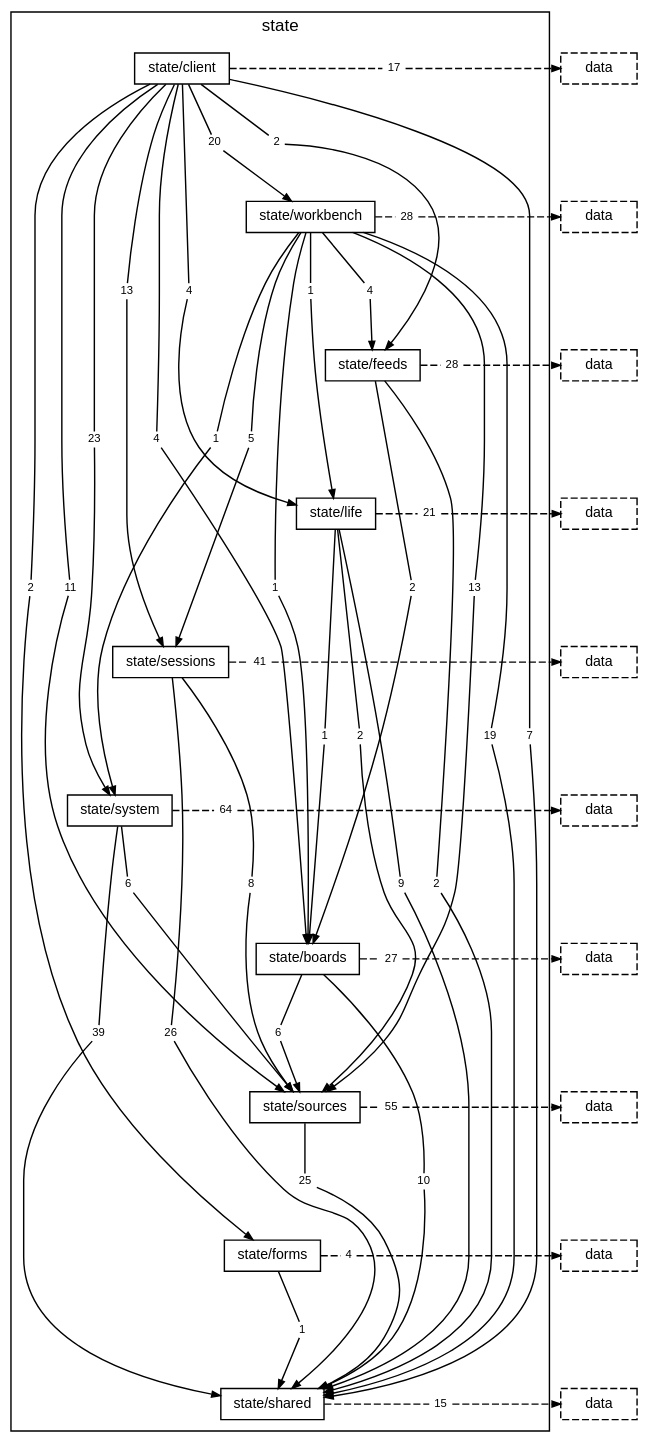
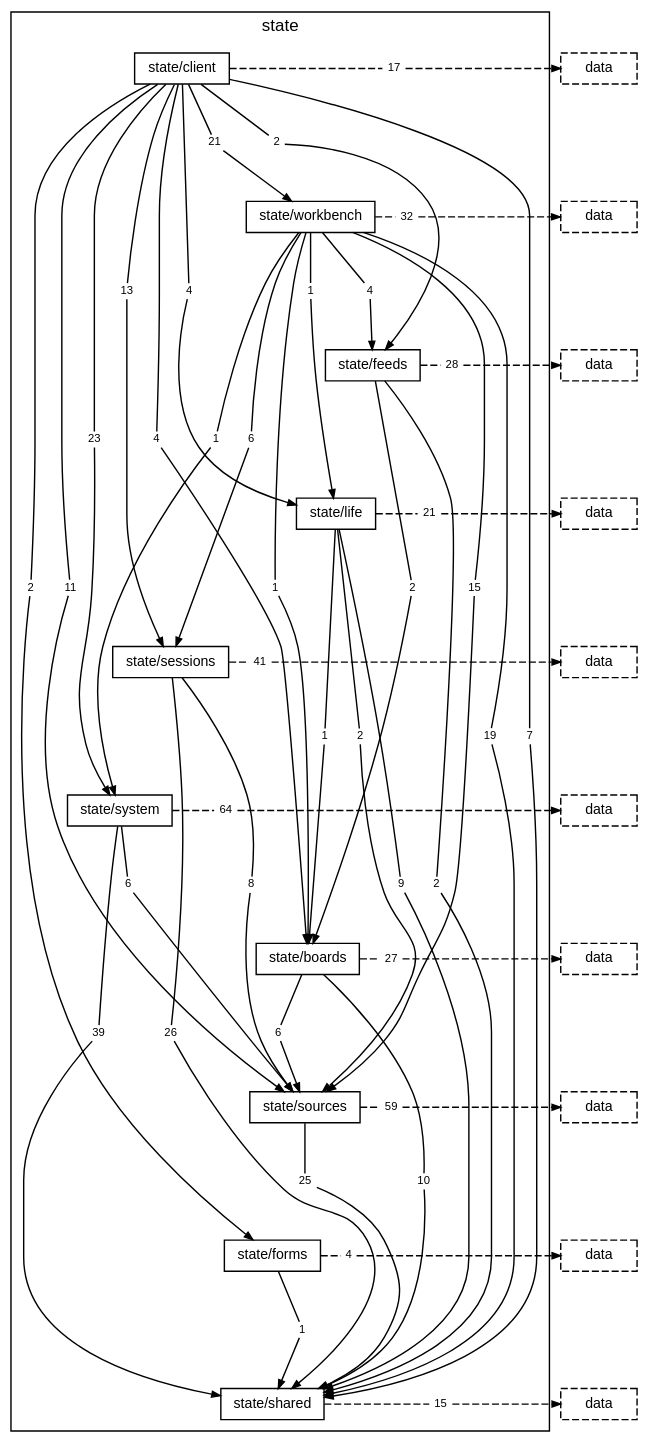
The diagram in docs/diagrams/layer-state.dot (TheAxeC/oculus), drawn with Graphviz before and after one commit. The commit also changed 110 other files, not shown here.

```diff
--- a/docs/diagrams/layer-state.dot
+++ b/docs/diagrams/layer-state.dot
@@ -22,16 +22,16 @@
         "folder state/client to folder state/shared" [label="7", shape=box, color="transparent", fontsize=8, width=0, height=0, margin="0.04,0.02"];
         "folder state/client to folder state/sources" [label="11", shape=box, color="transparent", fontsize=8, width=0, height=0, margin="0.04,0.02"];
         "folder state/client to folder state/system" [label="23", shape=box, color="transparent", fontsize=8, width=0, height=0, margin="0.04,0.02"];
-        "folder state/client to folder state/workbench" [label="20", shape=box, color="transparent", fontsize=8, width=0, height=0, margin="0.04,0.02"];
+        "folder state/client to folder state/workbench" [label="21", shape=box, color="transparent", fontsize=8, width=0, height=0, margin="0.04,0.02"];
         "folder state/client to layer data" [label="17", shape=box, color="transparent", fontsize=8, width=0, height=0, margin="0.04,0.02"];
         "folder state/workbench to folder state/boards" [label="1", shape=box, color="transparent", fontsize=8, width=0, height=0, margin="0.04,0.02"];
         "folder state/workbench to folder state/feeds" [label="4", shape=box, color="transparent", fontsize=8, width=0, height=0, margin="0.04,0.02"];
         "folder state/workbench to folder state/life" [label="1", shape=box, color="transparent", fontsize=8, width=0, height=0, margin="0.04,0.02"];
-        "folder state/workbench to folder state/sessions" [label="5", shape=box, color="transparent", fontsize=8, width=0, height=0, margin="0.04,0.02"];
+        "folder state/workbench to folder state/sessions" [label="6", shape=box, color="transparent", fontsize=8, width=0, height=0, margin="0.04,0.02"];
         "folder state/workbench to folder state/shared" [label="19", shape=box, color="transparent", fontsize=8, width=0, height=0, margin="0.04,0.02"];
-        "folder state/workbench to folder state/sources" [label="13", shape=box, color="transparent", fontsize=8, width=0, height=0, margin="0.04,0.02"];
+        "folder state/workbench to folder state/sources" [label="15", shape=box, color="transparent", fontsize=8, width=0, height=0, margin="0.04,0.02"];
         "folder state/workbench to folder state/system" [label="1", shape=box, color="transparent", fontsize=8, width=0, height=0, margin="0.04,0.02"];
-        "folder state/workbench to layer data" [label="28", shape=box, color="transparent", fontsize=8, width=0, height=0, margin="0.04,0.02"];
+        "folder state/workbench to layer data" [label="32", shape=box, color="transparent", fontsize=8, width=0, height=0, margin="0.04,0.02"];
         "folder state/feeds to folder state/boards" [label="2", shape=box, color="transparent", fontsize=8, width=0, height=0, margin="0.04,0.02"];
         "folder state/feeds to folder state/shared" [label="2", shape=box, color="transparent", fontsize=8, width=0, height=0, margin="0.04,0.02"];
         "folder state/feeds to layer data" [label="28", shape=box, color="transparent", fontsize=8, width=0, height=0, margin="0.04,0.02"];
@@ -49,7 +49,7 @@
         "folder state/boards to folder state/sources" [label="6", shape=box, color="transparent", fontsize=8, width=0, height=0, margin="0.04,0.02"];
         "folder state/boards to layer data" [label="27", shape=box, color="transparent", fontsize=8, width=0, height=0, margin="0.04,0.02"];
         "folder state/sources to folder state/shared" [label="25", shape=box, color="transparent", fontsize=8, width=0, height=0, margin="0.04,0.02"];
-        "folder state/sources to layer data" [label="55", shape=box, color="transparent", fontsize=8, width=0, height=0, margin="0.04,0.02"];
+        "folder state/sources to layer data" [label="59", shape=box, color="transparent", fontsize=8, width=0, height=0, margin="0.04,0.02"];
         "folder state/forms to folder state/shared" [label="1", shape=box, color="transparent", fontsize=8, width=0, height=0, margin="0.04,0.02"];
         "folder state/forms to layer data" [label="4", shape=box, color="transparent", fontsize=8, width=0, height=0, margin="0.04,0.02"];
         "folder state/shared to layer data" [label="15", shape=box, color="transparent", fontsize=8, width=0, height=0, margin="0.04,0.02"];
```
